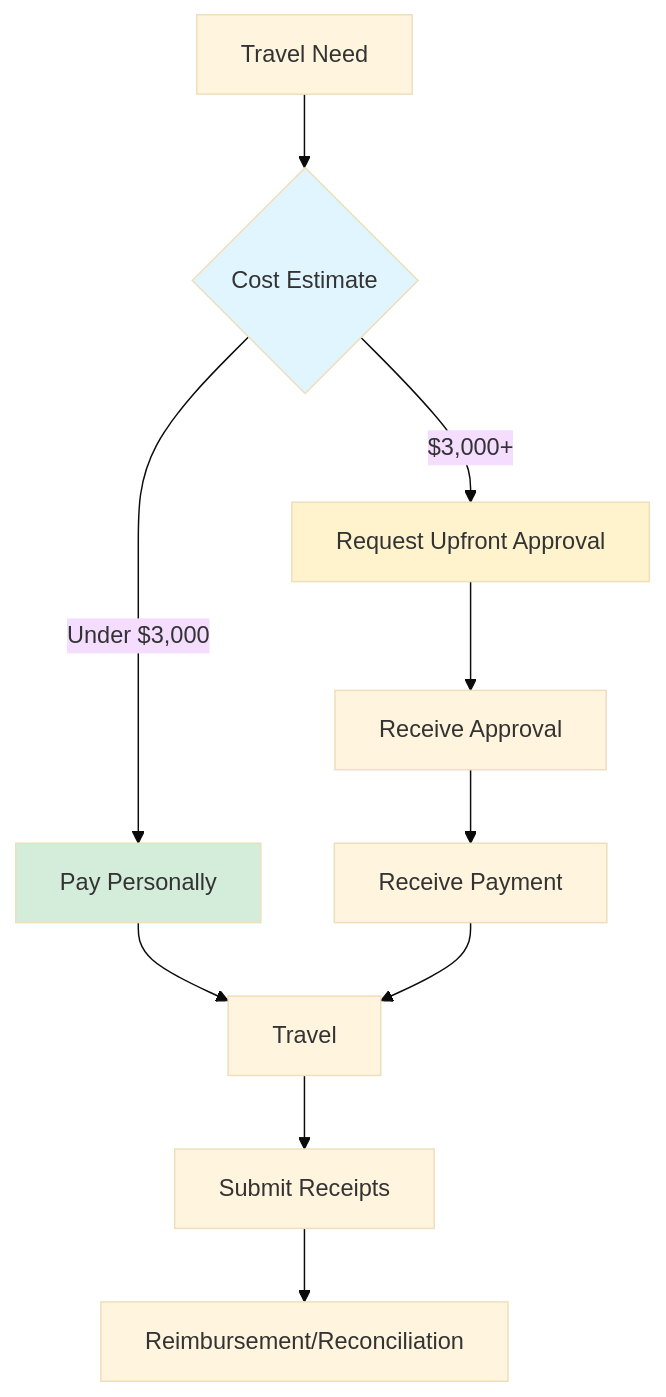
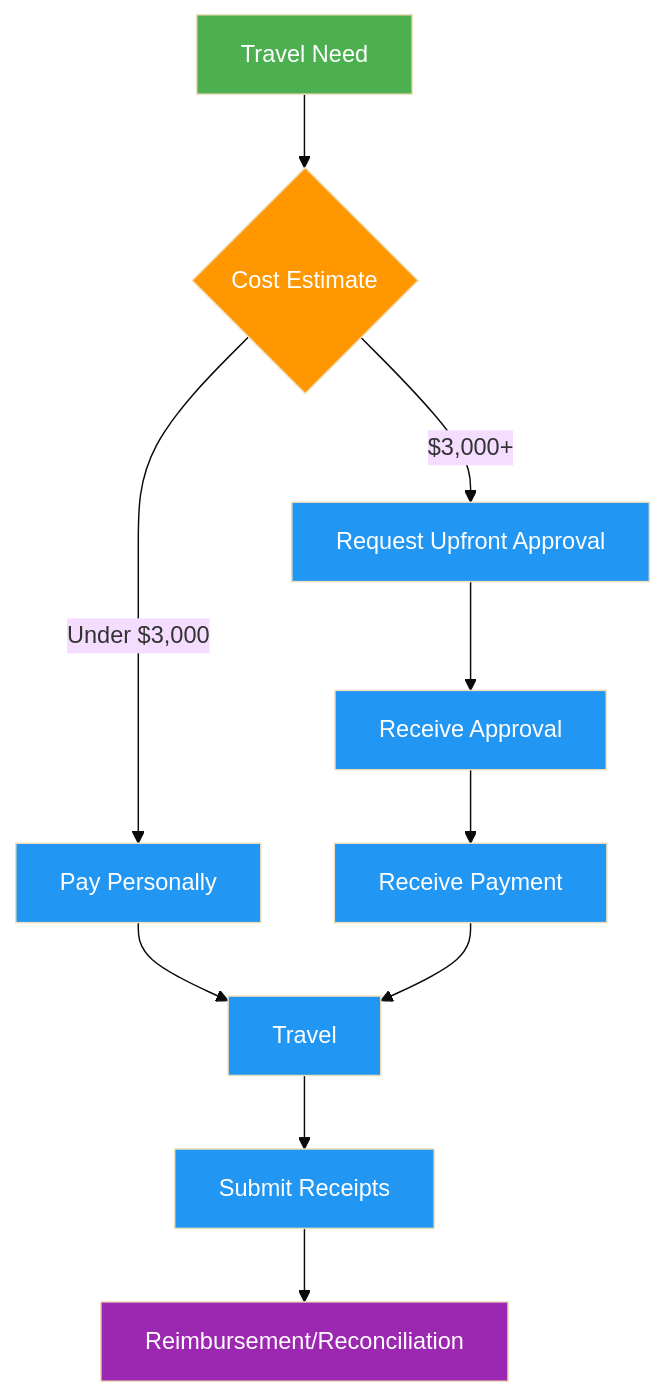
One commit to ultralytics/handbook changed the diagram in docs/en/finance/travel.md. Above: the diagram before and after it, drawn with Mermaid (base theme). The commit also changed 16 other files, not shown here.

Commit message:
Standardize Mermaid diagram colors (#302)

````diff
--- a/docs/en/finance/travel.md
+++ b/docs/en/finance/travel.md
@@ -24,16 +24,17 @@
 ```mermaid
 graph TD
-    A[Travel Need] --> B{Cost Estimate}
-    B -->|Under $3,000| C[Pay Personally]
-    B -->|$3,000+| D[Request Upfront Approval]
-    C --> E[Travel]
-    D --> F[Receive Approval]
-    F --> G[Receive Payment]
+    A[Travel Need]:::start --> B{Cost Estimate}:::decide
+    B -->|Under $3,000| C[Pay Personally]:::proc
+    B -->|$3,000+| D[Request Upfront Approval]:::proc
+    C --> E[Travel]:::proc
+    D --> F[Receive Approval]:::proc
+    F --> G[Receive Payment]:::proc
     G --> E
-    E --> H[Submit Receipts]
-    H --> I[Reimbursement/Reconciliation]
+    E --> H[Submit Receipts]:::proc
+    H --> I[Reimbursement/Reconciliation]:::out
 
-    style B fill:#e1f5ff
-    style D fill:#fff3cd
-    style C fill:#d4edda
+    classDef start fill:#4CAF50,color:#fff
+    classDef proc fill:#2196F3,color:#fff
+    classDef decide fill:#FF9800,color:#fff
+    classDef out fill:#9C27B0,color:#fff
 ```
````
